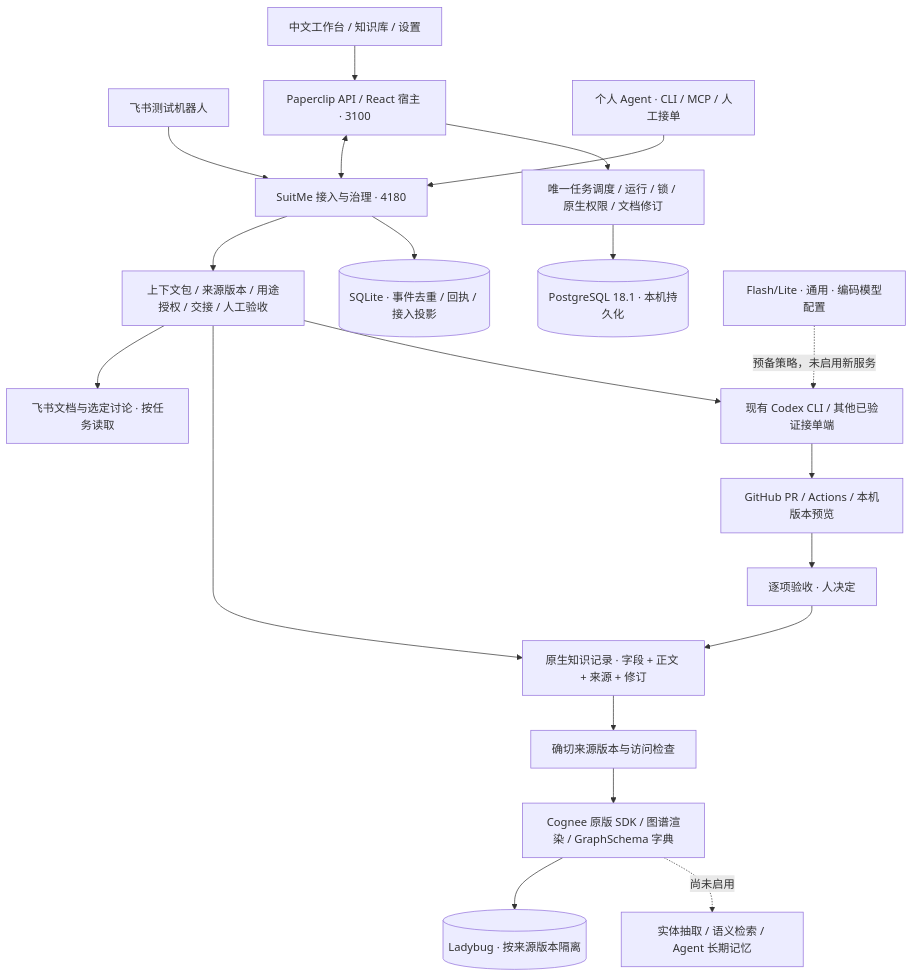
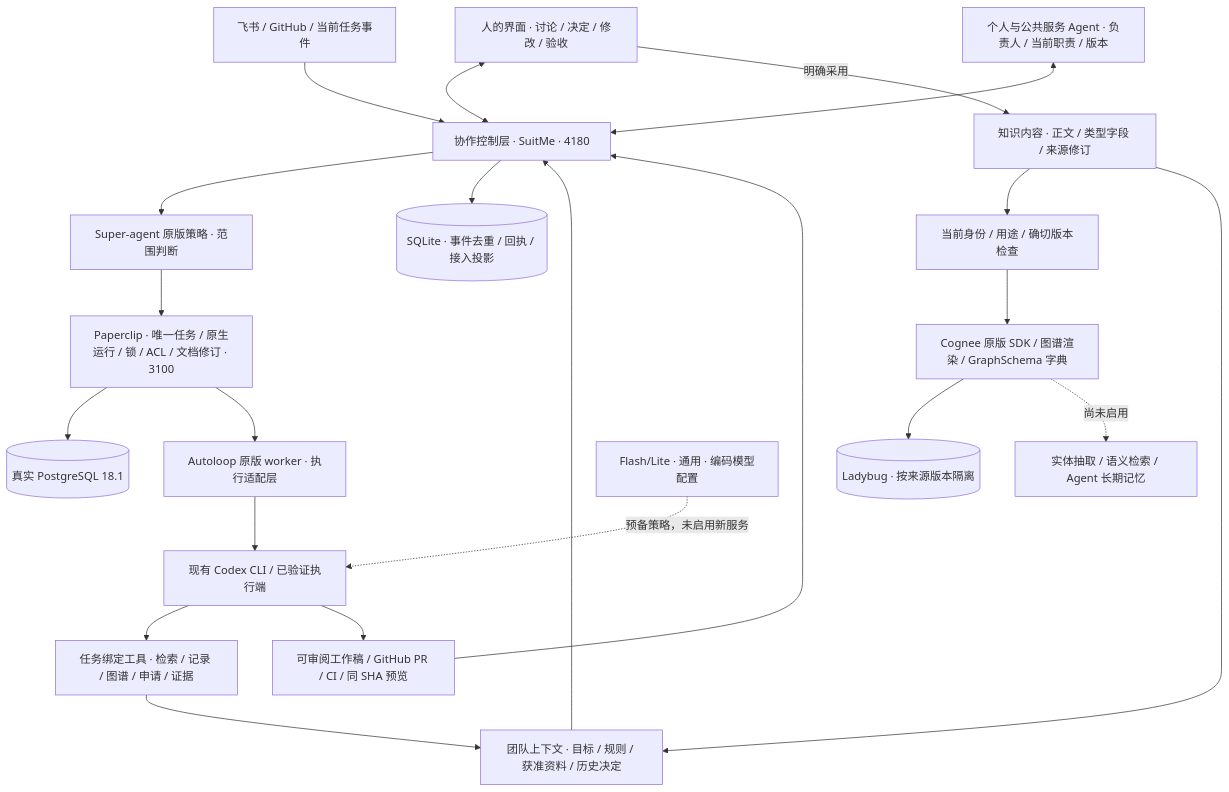
One commit to zhegong-996/Contractor changed the diagram in docs/SYSTEM-ARCHITECTURE.md. Above: the diagram before and after it, drawn with Mermaid. The commit also changed other lines of this file and 41 other files, not shown here.

Commit message:
Build personal Agent services with native autonomous collaboration

````diff
--- a/docs/SYSTEM-ARCHITECTURE.md
+++ b/docs/SYSTEM-ARCHITECTURE.md
@@ -7,22 +7,24 @@
 ```mermaid
-flowchart TB
-  IM[飞书测试机器人] --> Bridge
-  UI[中文工作台 / 知识库 / 设置] --> PC
-  MCP[个人 Agent · CLI / MCP / 人工接单] --> Bridge
-  PC[Paperclip API / React 宿主 · 3100] <--> Bridge[SuitMe 接入与治理 · 4180]
-  PC --> Tasks[唯一任务调度 / 运行 / 锁 / 原生权限 / 文档修订]
-  Tasks --> PG[(PostgreSQL 18.1 · 本机持久化)]
-  Bridge --> Context[上下文包 / 来源版本 / 用途授权 / 交接 / 人工验收]
-  Bridge --> SQLite[(SQLite · 事件去重 / 回执 / 接入投影)]
-  Context --> Feishu[飞书文档与选定讨论 · 按任务读取]
-  Context --> Source[原生知识记录 · 字段 + 正文 + 来源 + 修订]
-  Context --> Exec[现有 Codex CLI / 其他已验证接单端]
-  Exec --> GH[GitHub PR / Actions / 本机版本预览]
-  GH --> Accept[逐项验收 · 人决定]
-  Accept --> Source
-  Source --> Gate[确切来源版本与访问检查]
+flowchart TD
+  Events[飞书 / GitHub / 当前任务事件] --> Control[协作控制层 · SuitMe · 4180]
+  Humans[人的界面 · 讨论 / 决定 / 修改 / 验收] <--> Control
+  Services[个人与公共服务 Agent · 负责人 / 当前职责 / 版本] <--> Control
+  Context[团队上下文 · 目标 / 规则 / 获准资料 / 历史决定] --> Control
+  Control --> Policy[Super-agent 原版策略 · 范围判断]
+  Policy --> PC[Paperclip · 唯一任务 / 原生运行 / 锁 / ACL / 文档修订 · 3100]
+  PC --> PG[(真实 PostgreSQL 18.1)]
+  Control --> SQLite[(SQLite · 事件去重 / 回执 / 接入投影)]
+  PC --> Worker[Autoloop 原版 worker · 执行适配层]
+  Worker --> Exec[现有 Codex CLI / 已验证执行端]
+  Exec --> Tools[任务绑定工具 · 检索 / 记录 / 图谱 / 申请 / 证据]
+  Tools --> Context
+  Exec --> Evidence[可审阅工作稿 / GitHub PR / CI / 同 SHA 预览]
+  Evidence --> Control
+  Humans -->|明确采用| Source[知识内容 · 正文 / 类型字段 / 来源修订]
+  Source --> Gate[当前身份 / 用途 / 确切版本检查]
   Gate --> Cognee[Cognee 原版 SDK / 图谱渲染 / GraphSchema 字典]
   Cognee --> Ladybug[(Ladybug · 按来源版本隔离)]
+  Source --> Context
   Model[Flash/Lite · 通用 · 编码模型配置] -.预备策略，未启用新服务.-> Exec
   Cognee -.尚未启用.-> Memory[实体抽取 / 语义检索 / Agent 长期记忆]
 ```
````
